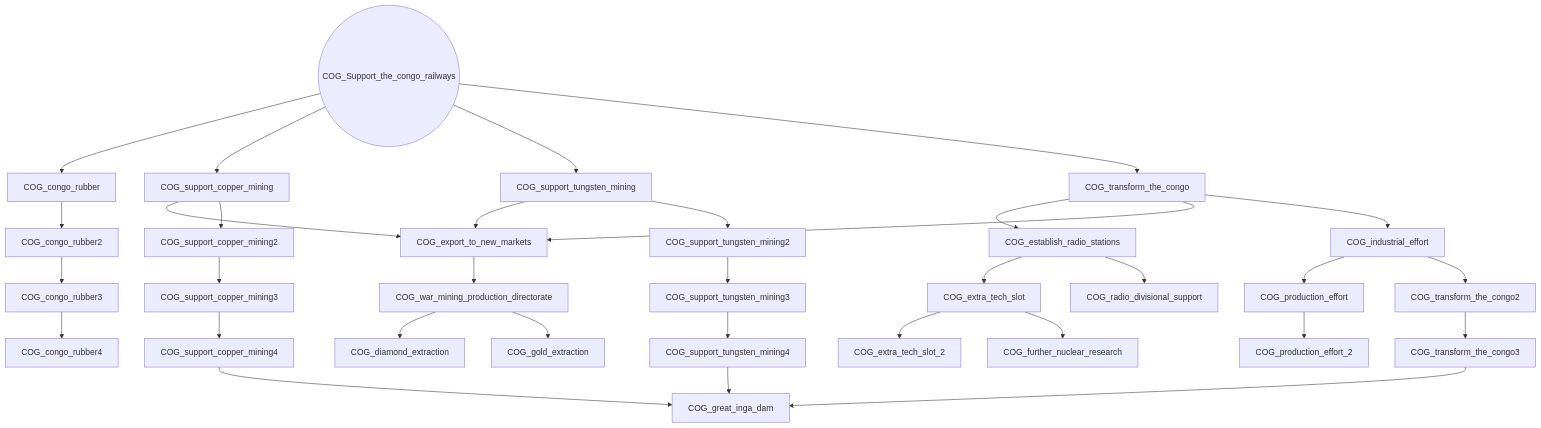
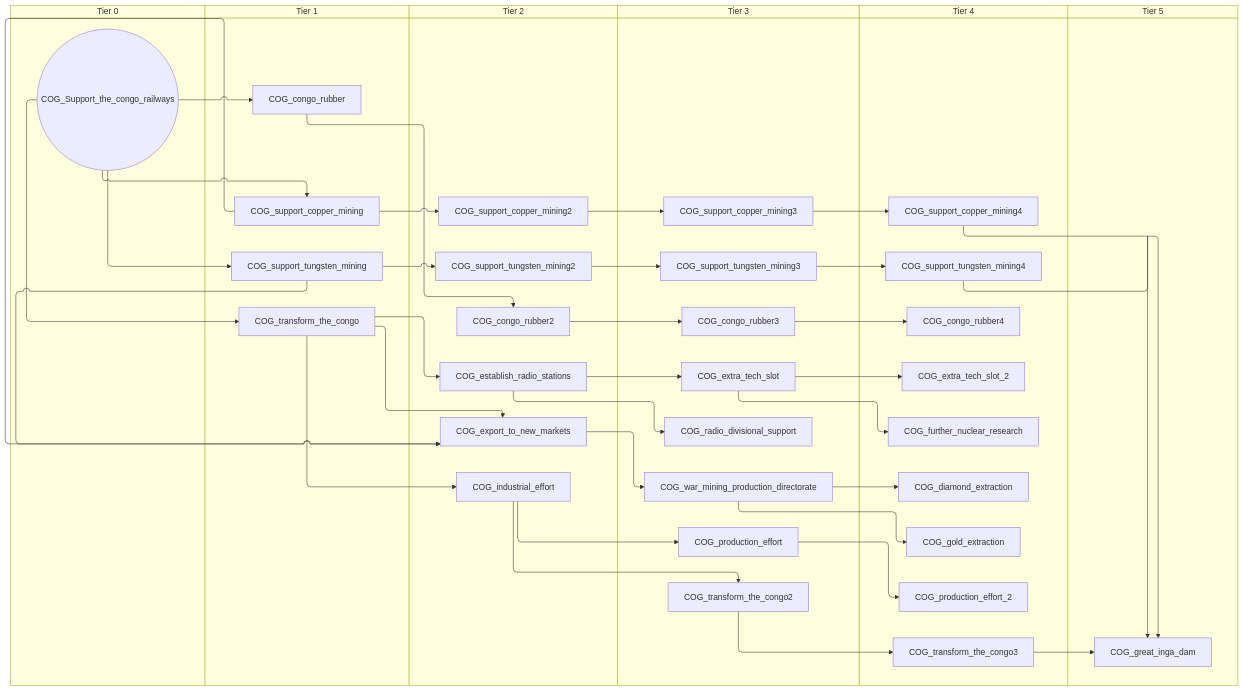
Before and after one commit to evgeny-sobol/hoi4-sandbox-mode-r56: the first of 4 diagrams in docs/gdd/National Focuses/r56/r56_congo.md, drawn with Mermaid. The commit also changed other lines of this file and 423 other files, not shown here.

First line of the commit message:
Re-export Rt56 focus trees as swimlane diagrams

````diff
--- a/docs/gdd/National Focuses/r56/r56_congo.md
+++ b/docs/gdd/National Focuses/r56/r56_congo.md
@@ -3,64 +3,76 @@
 ```mermaid
-flowchart TD
-    n1(("COG_Support_the_congo_railways"))
-    n2["COG_congo_rubber"]
-    n3["COG_congo_rubber2"]
-    n4["COG_congo_rubber3"]
-    n5["COG_congo_rubber4"]
-    n6["COG_diamond_extraction"]
-    n7["COG_establish_radio_stations"]
-    n8["COG_export_to_new_markets"]
-    n9["COG_extra_tech_slot"]
-    n10["COG_extra_tech_slot_2"]
-    n11["COG_further_nuclear_research"]
-    n12["COG_gold_extraction"]
-    n13["COG_great_inga_dam"]
-    n14["COG_industrial_effort"]
-    n15["COG_production_effort"]
-    n16["COG_production_effort_2"]
-    n17["COG_radio_divisional_support"]
-    n18["COG_support_copper_mining"]
-    n19["COG_support_copper_mining2"]
-    n20["COG_support_copper_mining3"]
-    n21["COG_support_copper_mining4"]
-    n22["COG_support_tungsten_mining"]
-    n23["COG_support_tungsten_mining2"]
-    n24["COG_support_tungsten_mining3"]
-    n25["COG_support_tungsten_mining4"]
-    n26["COG_transform_the_congo"]
-    n27["COG_transform_the_congo2"]
-    n28["COG_transform_the_congo3"]
-    n29["COG_war_mining_production_directorate"]
+swimlane-beta TD
+    subgraph tier_0["Tier 0"]
+        n1(("COG_Support_the_congo_railways"))
+    end
+    subgraph tier_1["Tier 1"]
+        n2["COG_congo_rubber"]
+        n3["COG_support_copper_mining"]
+        n4["COG_support_tungsten_mining"]
+        n5["COG_transform_the_congo"]
+    end
+    subgraph tier_2["Tier 2"]
+        n6["COG_congo_rubber2"]
+        n7["COG_establish_radio_stations"]
+        n8["COG_export_to_new_markets"]
+        n9["COG_industrial_effort"]
+        n10["COG_support_copper_mining2"]
+        n11["COG_support_tungsten_mining2"]
+    end
+    subgraph tier_3["Tier 3"]
+        n12["COG_congo_rubber3"]
+        n13["COG_extra_tech_slot"]
+        n14["COG_production_effort"]
+        n15["COG_radio_divisional_support"]
+        n16["COG_support_copper_mining3"]
+        n17["COG_support_tungsten_mining3"]
+        n18["COG_transform_the_congo2"]
+        n19["COG_war_mining_production_directorate"]
+    end
+    subgraph tier_4["Tier 4"]
+        n20["COG_congo_rubber4"]
+        n21["COG_diamond_extraction"]
+        n22["COG_extra_tech_slot_2"]
+        n23["COG_further_nuclear_research"]
+        n24["COG_gold_extraction"]
+        n25["COG_production_effort_2"]
+        n26["COG_support_copper_mining4"]
+        n27["COG_support_tungsten_mining4"]
+        n28["COG_transform_the_congo3"]
+    end
+    subgraph tier_5["Tier 5"]
+        n29["COG_great_inga_dam"]
+    end
     n1 --> n2
-    n2 --> n3
-    n3 --> n4
-    n4 --> n5
-    n29 --> n6
-    n26 --> n7
-    n26 --> n8
-    n18 --> n8
-    n22 --> n8
-    n7 --> n9
-    n9 --> n10
-    n9 --> n11
-    n29 --> n12
-    n21 --> n13
-    n25 --> n13
-    n28 --> n13
-    n26 --> n14
-    n14 --> n15
-    n15 --> n16
-    n7 --> n17
-    n1 --> n18
-    n18 --> n19
-    n19 --> n20
-    n20 --> n21
-    n1 --> n22
-    n22 --> n23
-    n23 --> n24
-    n24 --> n25
-    n1 --> n26
-    n14 --> n27
-    n27 --> n28
-    n8 --> n29
+    n2 --> n6
+    n6 --> n12
+    n12 --> n20
+    n19 --> n21
+    n5 --> n7
+    n5 --> n8
+    n3 --> n8
+    n4 --> n8
+    n7 --> n13
+    n13 --> n22
+    n13 --> n23
+    n19 --> n24
+    n26 --> n29
+    n27 --> n29
+    n28 --> n29
+    n5 --> n9
+    n9 --> n14
+    n14 --> n25
+    n7 --> n15
+    n1 --> n3
+    n3 --> n10
+    n10 --> n16
+    n16 --> n26
+    n1 --> n4
+    n4 --> n11
+    n11 --> n17
+    n17 --> n27
+    n1 --> n5
+    n9 --> n18
+    n18 --> n28
+    n8 --> n19
 ```
````
